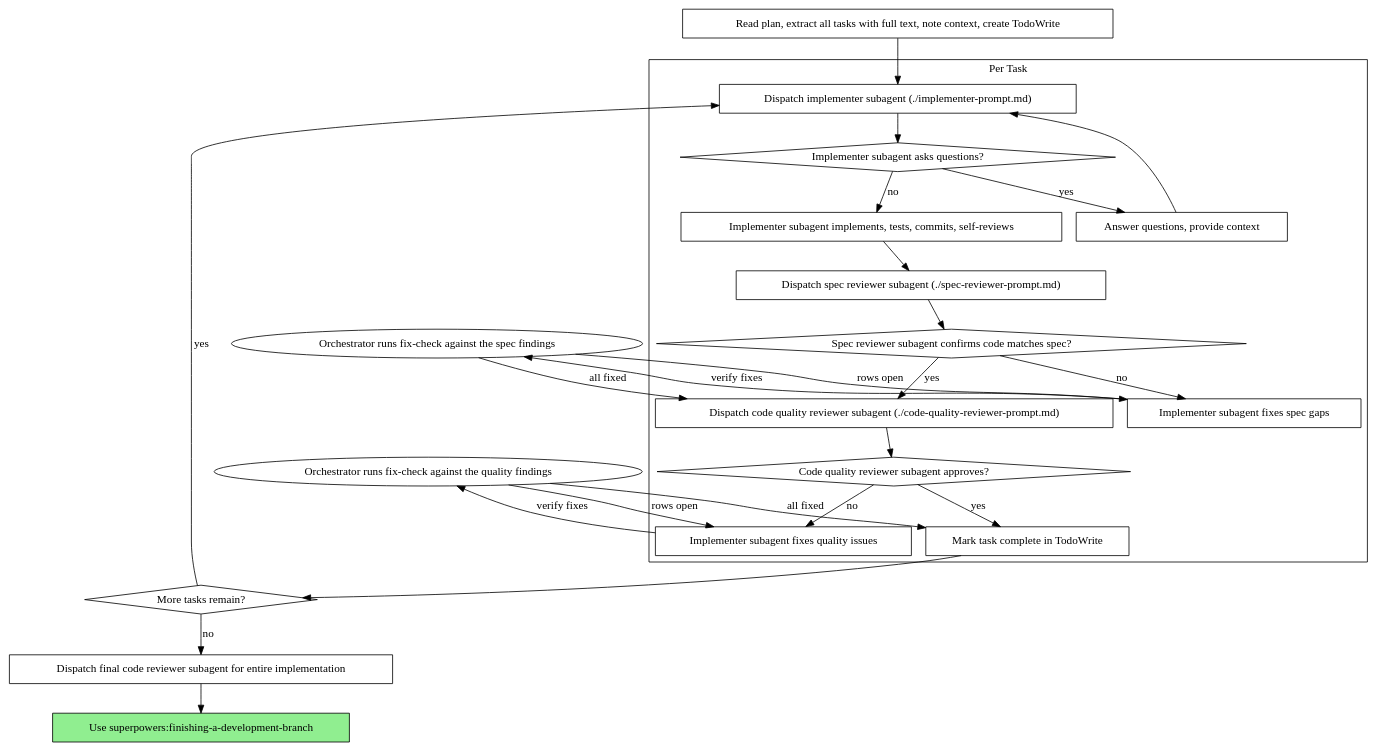
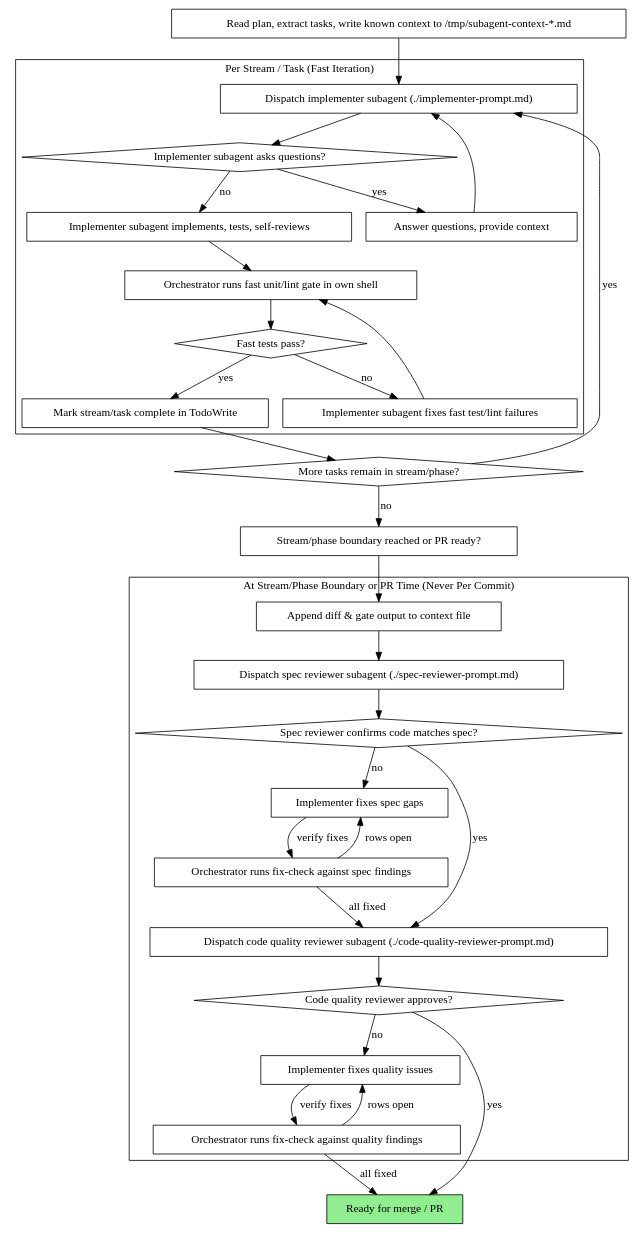
One commit to futuregerald/futuregerald-claude-plugin changed the second of 2 diagrams in skills/subagent-driven-development/SKILL.md. Above: the diagram before and after it, drawn with Graphviz. The commit also changed other lines of this file and 3 other files, not shown here.

Commit message:
chore(skills): align trigger descriptions and subagent triage/review rules (#104)

````diff
--- a/skills/subagent-driven-development/SKILL.md
+++ b/skills/subagent-driven-development/SKILL.md
@@ -76,48 +76,63 @@
 ```dot
 digraph process {
     rankdir=TB;
 
-    subgraph cluster_per_task {
-        label="Per Task";
+    subgraph cluster_per_stream {
+        label="Per Stream / Task (Fast Iteration)";
         "Dispatch implementer subagent (./implementer-prompt.md)" [shape=box];
         "Implementer subagent asks questions?" [shape=diamond];
         "Answer questions, provide context" [shape=box];
-        "Implementer subagent implements, tests, commits, self-reviews" [shape=box];
-        "Dispatch spec reviewer subagent (./spec-reviewer-prompt.md)" [shape=box];
-        "Spec reviewer subagent confirms code matches spec?" [shape=diamond];
-        "Implementer subagent fixes spec gaps" [shape=box];
-        "Dispatch code quality reviewer subagent (./code-quality-reviewer-prompt.md)" [shape=box];
-        "Code quality reviewer subagent approves?" [shape=diamond];
-        "Implementer subagent fixes quality issues" [shape=box];
-        "Mark task complete in TodoWrite" [shape=box];
+        "Implementer subagent implements, tests, self-reviews" [shape=box];
+        "Orchestrator runs fast unit/lint gate in own shell" [shape=box];
+        "Fast tests pass?" [shape=diamond];
+        "Implementer subagent fixes fast test/lint failures" [shape=box];
+        "Mark stream/task complete in TodoWrite" [shape=box];
     }
 
-    "Read plan, extract all tasks with full text, note context, create TodoWrite" [shape=box];
-    "More tasks remain?" [shape=diamond];
-    "Dispatch final code reviewer subagent for entire implementation" [shape=box];
-    "Use superpowers:finishing-a-development-branch" [shape=box style=filled fillcolor=lightgreen];
+    subgraph cluster_review_gate {
+        label="At Stream/Phase Boundary or PR Time (Never Per Commit)";
+        "Append diff & gate output to context file" [shape=box];
+        "Dispatch spec reviewer subagent (./spec-reviewer-prompt.md)" [shape=box];
+        "Spec reviewer confirms code matches spec?" [shape=diamond];
+        "Implementer fixes spec gaps" [shape=box];
+        "Orchestrator runs fix-check against spec findings" [shape=box];
+        "Dispatch code quality reviewer subagent (./code-quality-reviewer-prompt.md)" [shape=box];
+        "Code quality reviewer approves?" [shape=diamond];
+        "Implementer fixes quality issues" [shape=box];
+        "Orchestrator runs fix-check against quality findings" [shape=box];
+    }
 
-    "Read plan, extract all tasks with full text, note context, create TodoWrite" -> "Dispatch implementer subagent (./implementer-prompt.md)";
+    "Read plan, extract tasks, write known context to /tmp/subagent-context-*.md" [shape=box];
+    "More tasks remain in stream/phase?" [shape=diamond];
+    "Stream/phase boundary reached or PR ready?" [shape=box];
+    "Ready for merge / PR" [shape=box style=filled fillcolor=lightgreen];
+
+    "Read plan, extract tasks, write known context to /tmp/subagent-context-*.md" -> "Dispatch implementer subagent (./implementer-prompt.md)";
     "Dispatch implementer subagent (./implementer-prompt.md)" -> "Implementer subagent asks questions?";
     "Implementer subagent asks questions?" -> "Answer questions, provide context" [label="yes"];
     "Answer questions, provide context" -> "Dispatch implementer subagent (./implementer-prompt.md)";
-    "Implementer subagent asks questions?" -> "Implementer subagent implements, tests, commits, self-reviews" [label="no"];
-    "Implementer subagent implements, tests, commits, self-reviews" -> "Dispatch spec reviewer subagent (./spec-reviewer-prompt.md)";
-    "Dispatch spec reviewer subagent (./spec-reviewer-prompt.md)" -> "Spec reviewer subagent confirms code matches spec?";
-    "Spec reviewer subagent confirms code matches spec?" -> "Implementer subagent fixes spec gaps" [label="no"];
-    "Implementer subagent fixes spec gaps" -> "Orchestrator runs fix-check against the spec findings" [label="verify fixes"];
-    "Spec reviewer subagent confirms code matches spec?" -> "Dispatch code quality reviewer subagent (./code-quality-reviewer-prompt.md)" [label="yes"];
-    "Dispatch code quality reviewer subagent (./code-quality-reviewer-prompt.md)" -> "Code quality reviewer subagent approves?";
-    "Code quality reviewer subagent approves?" -> "Implementer subagent fixes quality issues" [label="no"];
-    "Implementer subagent fixes quality issues" -> "Orchestrator runs fix-check against the quality findings" [label="verify fixes"];
-    "Orchestrator runs fix-check against the spec findings" -> "Dispatch code quality reviewer subagent (./code-quality-reviewer-prompt.md)" [label="all fixed"];
-    "Orchestrator runs fix-check against the spec findings" -> "Implementer subagent fixes spec gaps" [label="rows open"];
-    "Orchestrator runs fix-check against the quality findings" -> "Mark task complete in TodoWrite" [label="all fixed"];
-    "Orchestrator runs fix-check against the quality findings" -> "Implementer subagent fixes quality issues" [label="rows open"];
-    "Code quality reviewer subagent approves?" -> "Mark task complete in TodoWrite" [label="yes"];
-    "Mark task complete in TodoWrite" -> "More tasks remain?";
-    "More tasks remain?" -> "Dispatch implementer subagent (./implementer-prompt.md)" [label="yes"];
-    "More tasks remain?" -> "Dispatch final code reviewer subagent for entire implementation" [label="no"];
-    "Dispatch final code reviewer subagent for entire implementation" -> "Use superpowers:finishing-a-development-branch";
+    "Implementer subagent asks questions?" -> "Implementer subagent implements, tests, self-reviews" [label="no"];
+    "Implementer subagent implements, tests, self-reviews" -> "Orchestrator runs fast unit/lint gate in own shell";
+    "Orchestrator runs fast unit/lint gate in own shell" -> "Fast tests pass?";
+    "Fast tests pass?" -> "Implementer subagent fixes fast test/lint failures" [label="no"];
+    "Implementer subagent fixes fast test/lint failures" -> "Orchestrator runs fast unit/lint gate in own shell";
+    "Fast tests pass?" -> "Mark stream/task complete in TodoWrite" [label="yes"];
+    "Mark stream/task complete in TodoWrite" -> "More tasks remain in stream/phase?";
+    "More tasks remain in stream/phase?" -> "Dispatch implementer subagent (./implementer-prompt.md)" [label="yes"];
+    "More tasks remain in stream/phase?" -> "Stream/phase boundary reached or PR ready?" [label="no"];
+    "Stream/phase boundary reached or PR ready?" -> "Append diff & gate output to context file";
+    "Append diff & gate output to context file" -> "Dispatch spec reviewer subagent (./spec-reviewer-prompt.md)";
+    "Dispatch spec reviewer subagent (./spec-reviewer-prompt.md)" -> "Spec reviewer confirms code matches spec?";
+    "Spec reviewer confirms code matches spec?" -> "Implementer fixes spec gaps" [label="no"];
+    "Implementer fixes spec gaps" -> "Orchestrator runs fix-check against spec findings" [label="verify fixes"];
+    "Orchestrator runs fix-check against spec findings" -> "Implementer fixes spec gaps" [label="rows open"];
+    "Orchestrator runs fix-check against spec findings" -> "Dispatch code quality reviewer subagent (./code-quality-reviewer-prompt.md)" [label="all fixed"];
+    "Spec reviewer confirms code matches spec?" -> "Dispatch code quality reviewer subagent (./code-quality-reviewer-prompt.md)" [label="yes"];
+    "Dispatch code quality reviewer subagent (./code-quality-reviewer-prompt.md)" -> "Code quality reviewer approves?";
+    "Code quality reviewer approves?" -> "Implementer fixes quality issues" [label="no"];
+    "Implementer fixes quality issues" -> "Orchestrator runs fix-check against quality findings" [label="verify fixes"];
+    "Orchestrator runs fix-check against quality findings" -> "Implementer fixes quality issues" [label="rows open"];
+    "Orchestrator runs fix-check against quality findings" -> "Ready for merge / PR" [label="all fixed"];
+    "Code quality reviewer approves?" -> "Ready for merge / PR" [label="yes"];
 }
 ```
````
